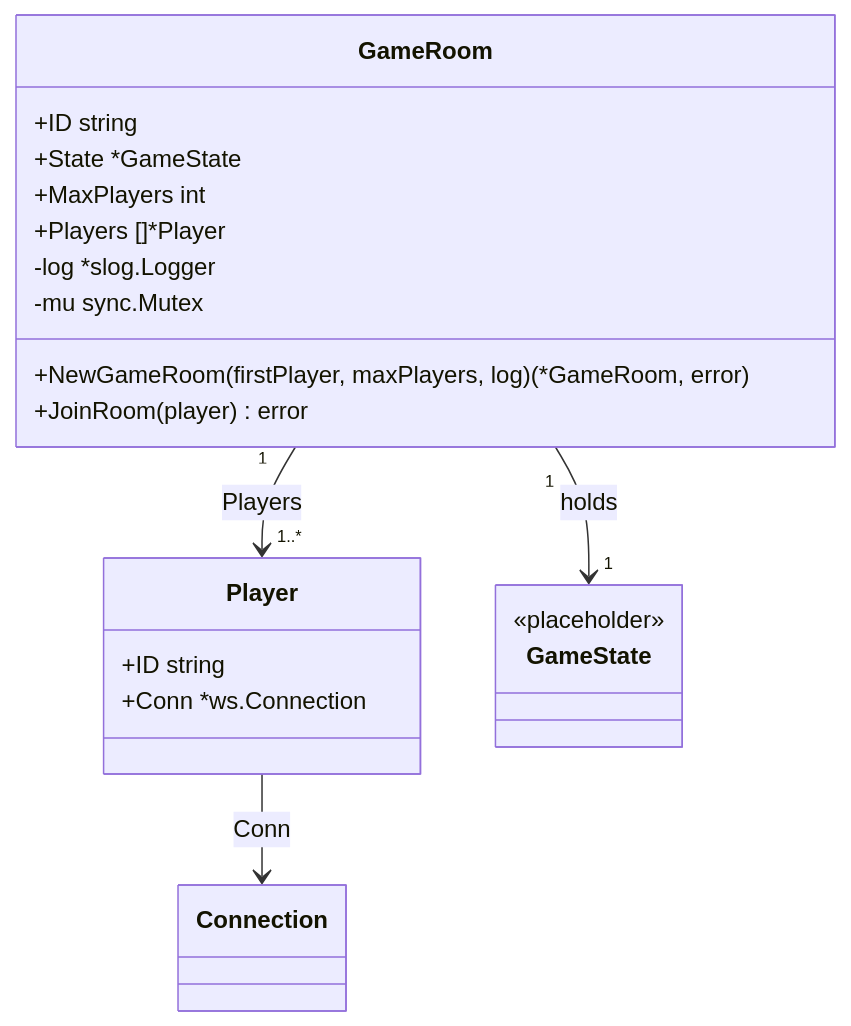
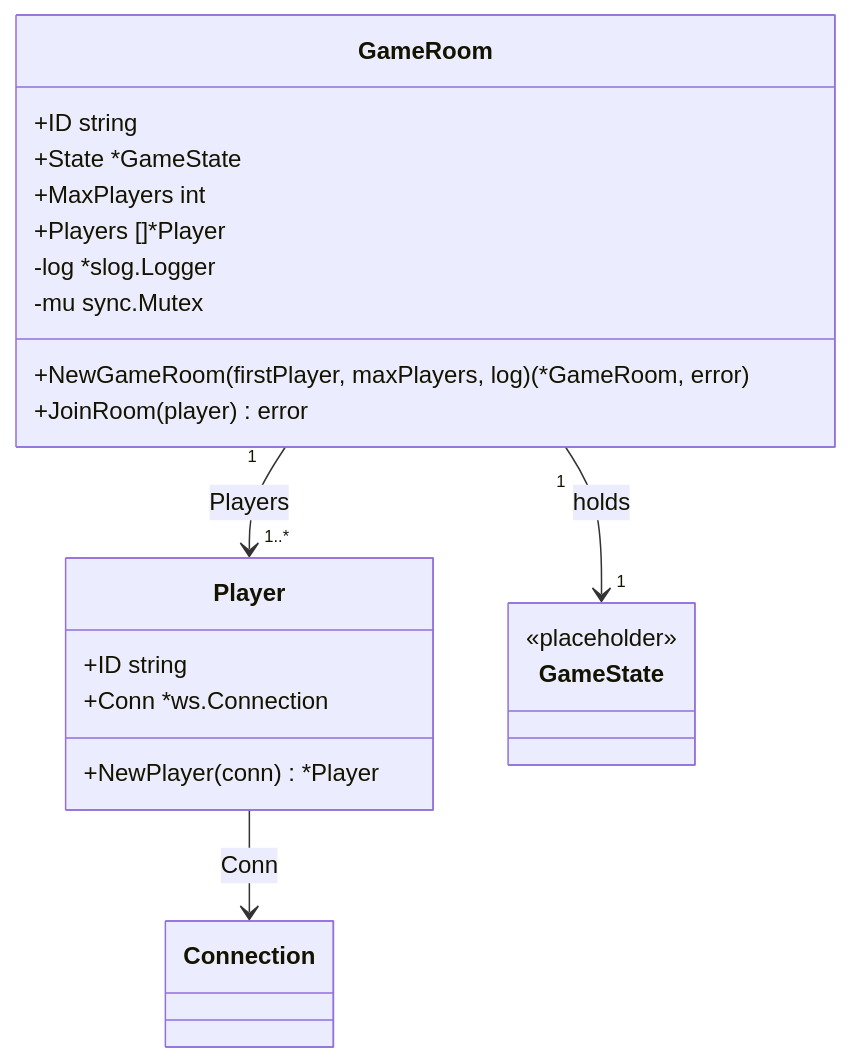
One commit to cabo-game/cabo-backend changed the second of 8 diagrams in internal/roomsvc/ARCHITECTURE.md. Above: the diagram before and after it, drawn with Mermaid. The commit also changed other lines of this file and 13 other files, not shown here.

````diff
--- a/internal/roomsvc/ARCHITECTURE.md
+++ b/internal/roomsvc/ARCHITECTURE.md
@@ -49,26 +73,27 @@
 ```mermaid
 classDiagram
     class GameRoom {
         +ID string
         +State *GameState
         +MaxPlayers int
         +Players []*Player
         -log *slog.Logger
         -mu sync.Mutex
         +NewGameRoom(firstPlayer, maxPlayers, log) (*GameRoom, error)
         +JoinRoom(player) error
     }
 
     class Player {
         +ID string
         +Conn *ws.Connection
+        +NewPlayer(conn) *Player
     }
 
     class GameState {
         <<placeholder>>
     }
 
     GameRoom "1" --> "1" GameState : holds
     GameRoom "1" --> "1..*" Player : Players
     Player --> Connection : Conn
 ```
````
